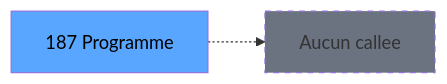
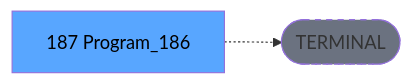
The third of 3 diagrams in .openspec/renders/ADH-IDE-187.md (thonyAGP/lecteur-magic), drawn with Mermaid before and after one commit. The commit also changed other lines of this file and 701 other files, not shown here.

````diff
--- a/.openspec/renders/ADH-IDE-187.md
+++ b/.openspec/renders/ADH-IDE-187.md
@@ -120,8 +134,8 @@
 ```mermaid
 graph LR
-    T[187 Programme]
-    NONE[Aucun callee]
-    T -.-> NONE
+    T[187 Program_186]
+    TERM([TERMINAL])
+    T -.-> TERM
+    style TERM fill:#6b7280,stroke-dasharray: 5 5
     style T fill:#58a6ff,color:#000
-    style NONE fill:#6b7280,stroke-dasharray: 5 5
 ```
````
